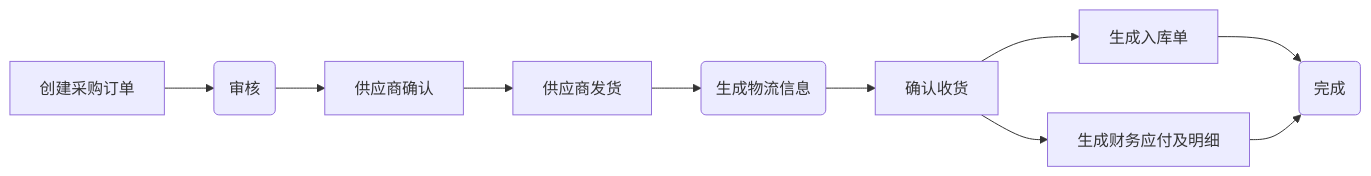
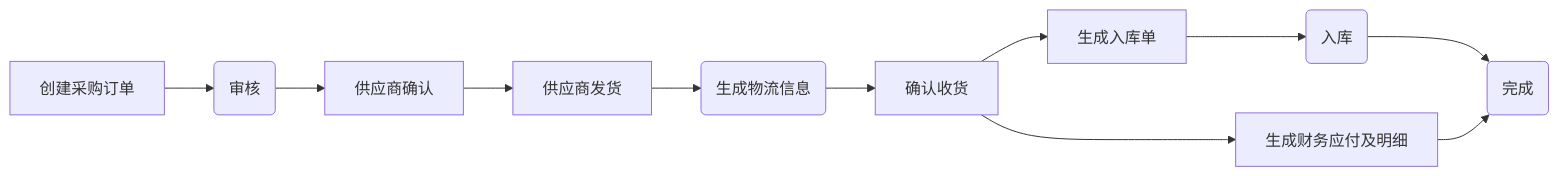
The first of 3 diagrams in README.md (zeasin/qihangerp), drawn with Mermaid before and after one commit. The commit also changed other lines of this file, not shown here.

````diff
--- a/README.md
+++ b/README.md
@@ -22,13 +22,14 @@
 ```mermaid
 graph LR
 A[创建采购订单] -->B(审核)
     B --> C[供应商确认]
     C --> E[供应商发货]
     E --> F1(生成物流信息)
     F1 --> G1[确认收货]
     G1 --> G3[生成入库单]
+    G3 --> G4(入库)
     G1 --> G2[生成财务应付及明细]
-    G3 --> H(完成)
+    G4 --> H(完成)
     G2 --> H
 
 ```
````
